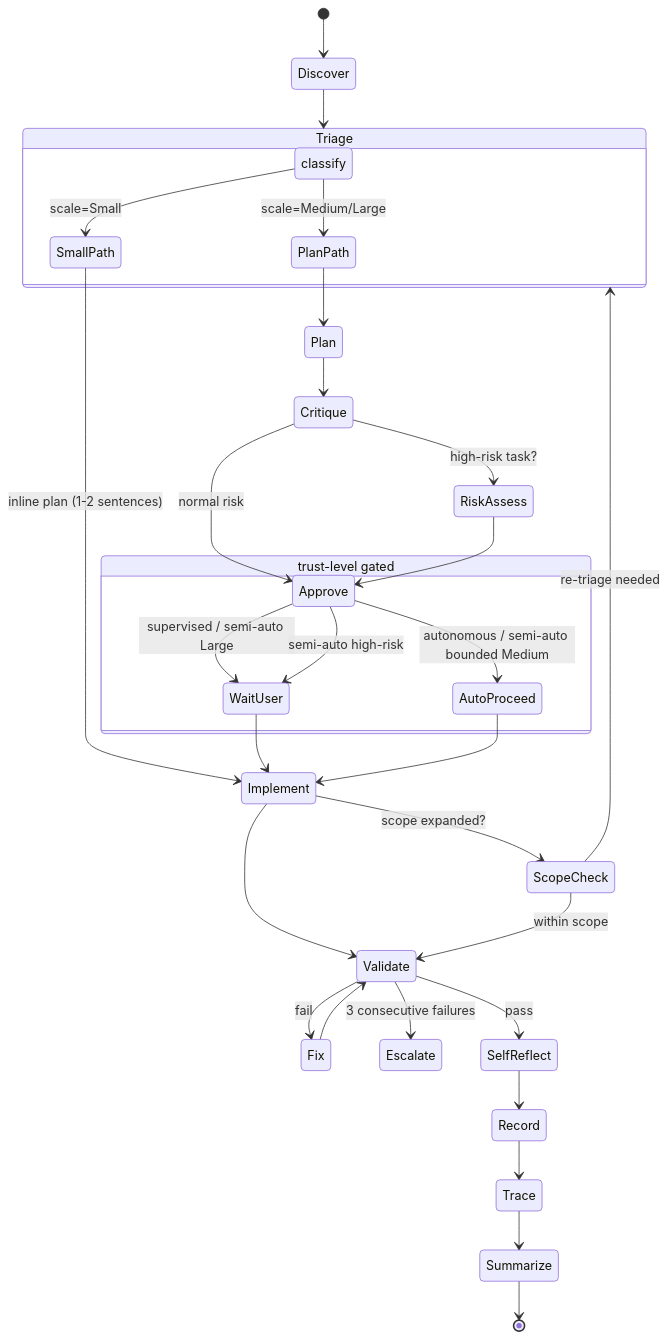
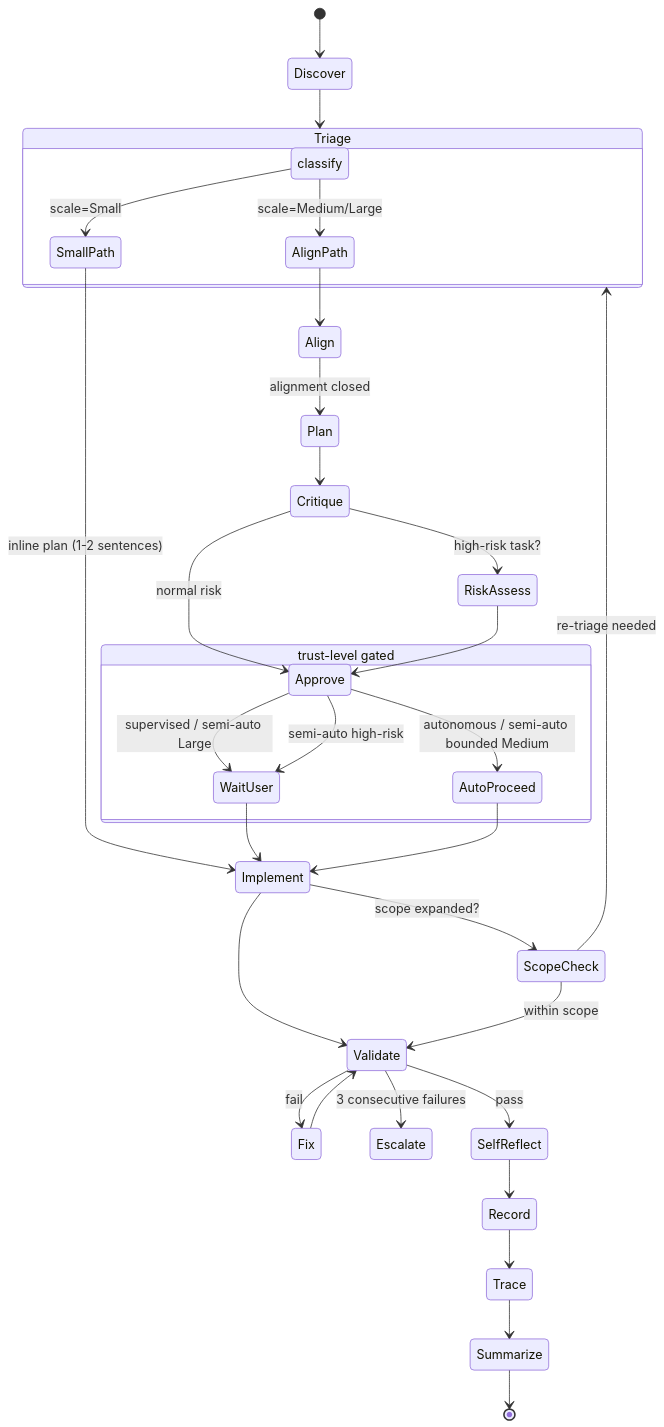
The diagram in docs/agent-playbook.md (screenleon/agent-playbook-template), drawn with Mermaid before and after one commit. The commit also changed other lines of this file and 7 other files, not shown here.

````diff
--- a/docs/agent-playbook.md
+++ b/docs/agent-playbook.md
@@ -406,44 +408,45 @@
 ```mermaid
 stateDiagram-v2
     [*] --> Discover
     Discover --> Triage
 
     state Triage {
         direction LR
         classify --> SmallPath : scale=Small
-        classify --> PlanPath : scale=Medium/Large
+        classify --> AlignPath : scale=Medium/Large
     }
 
     SmallPath --> Implement : inline plan (1-2 sentences)
-    PlanPath --> Plan
+    AlignPath --> Align
+    Align --> Plan : alignment closed
 
     Plan --> Critique
     Critique --> RiskAssess : high-risk task?
     Critique --> Approve : normal risk
     RiskAssess --> Approve
 
     state "trust-level gated" as ApproveGate {
         Approve --> WaitUser : supervised / semi-auto Large
         Approve --> WaitUser : semi-auto high-risk
         Approve --> AutoProceed : autonomous / semi-auto bounded Medium
     }
 
     WaitUser --> Implement
     AutoProceed --> Implement
 
     Implement --> Validate
 
     Validate --> Fix : fail
     Fix --> Validate
     Validate --> Escalate : 3 consecutive failures
     Validate --> SelfReflect : pass
     SelfReflect --> Record
 
     Implement --> ScopeCheck : scope expanded?
     ScopeCheck --> Triage : re-triage needed
     ScopeCheck --> Validate : within scope
 
     Record --> Trace
     Trace --> Summarize
     Summarize --> [*]
 ```
````
